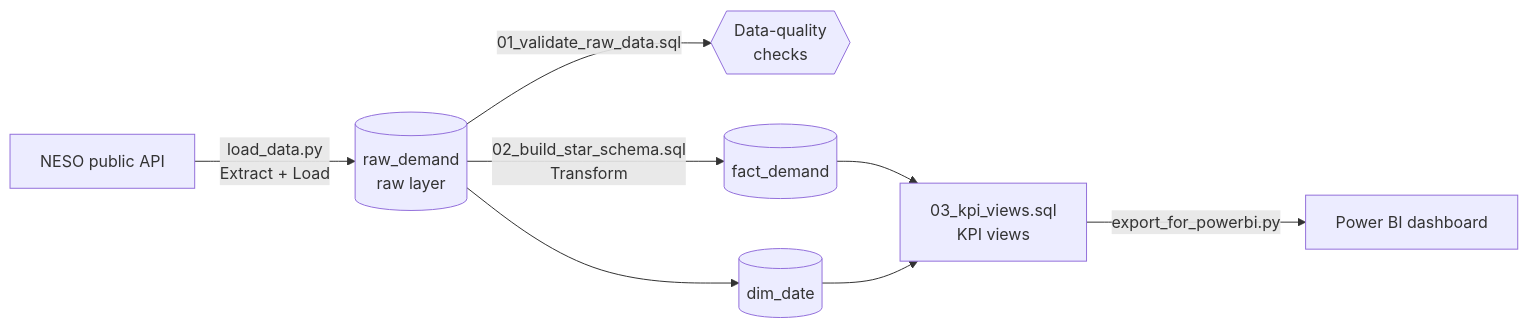
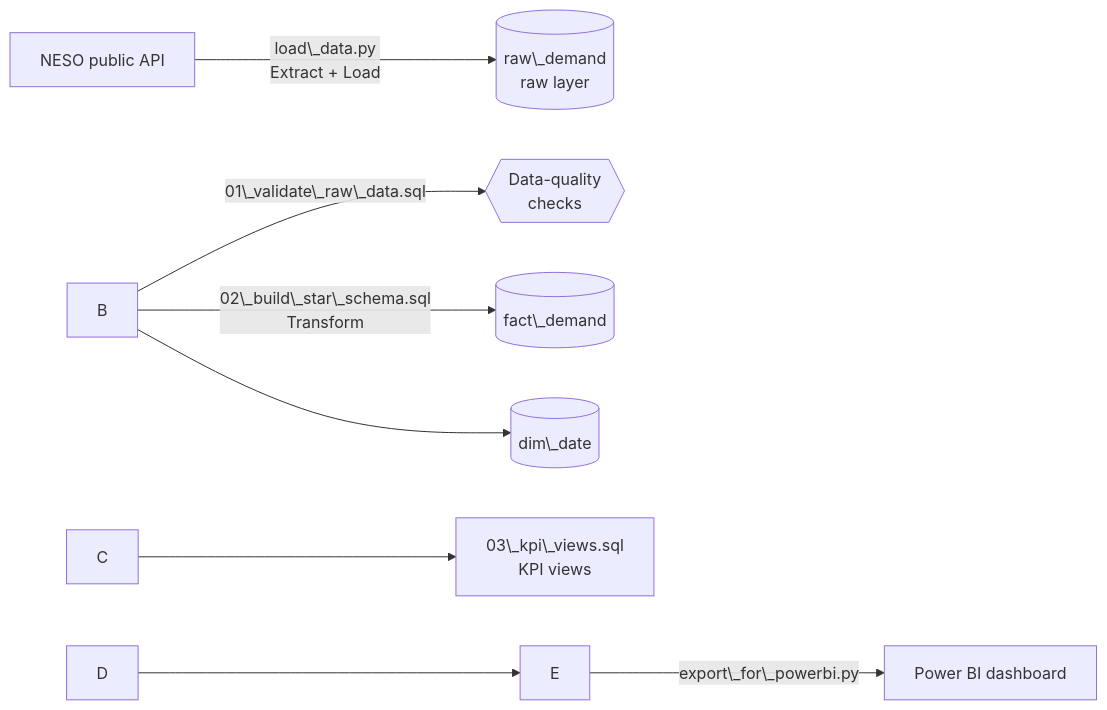
Before and after one commit to Tosin1611/UK-Electricity-Demand-SQL: the first of 2 diagrams in README.md, drawn with Mermaid. The commit also changed other lines of this file and 7 other files, not shown here.

First line of the commit message:
Add Power BI dashboard and screenshots

````diff
--- a/README.md
+++ b/README.md
@@ -18,10 +16,10 @@
 ```mermaid
 flowchart LR
-    A[NESO public API] -->|load_data.py<br/>Extract + Load| B[(raw_demand<br/>raw layer)]
-    B -->|01_validate_raw_data.sql| V{{Data-quality<br/>checks}}
-    B -->|02_build_star_schema.sql<br/>Transform| C[(fact_demand)]
-    B --> D[(dim_date)]
-    C --> E[03_kpi_views.sql<br/>KPI views]
+    A\[NESO public API] -->|load\_data.py<br/>Extract + Load| B\[(raw\_demand<br/>raw layer)]
+    B -->|01\_validate\_raw\_data.sql| V{{Data-quality<br/>checks}}
+    B -->|02\_build\_star\_schema.sql<br/>Transform| C\[(fact\_demand)]
+    B --> D\[(dim\_date)]
+    C --> E\[03\_kpi\_views.sql<br/>KPI views]
     D --> E
-    E -->|export_for_powerbi.py| F[Power BI dashboard]
+    E -->|export\_for\_powerbi.py| F\[Power BI dashboard]
 ```
````
